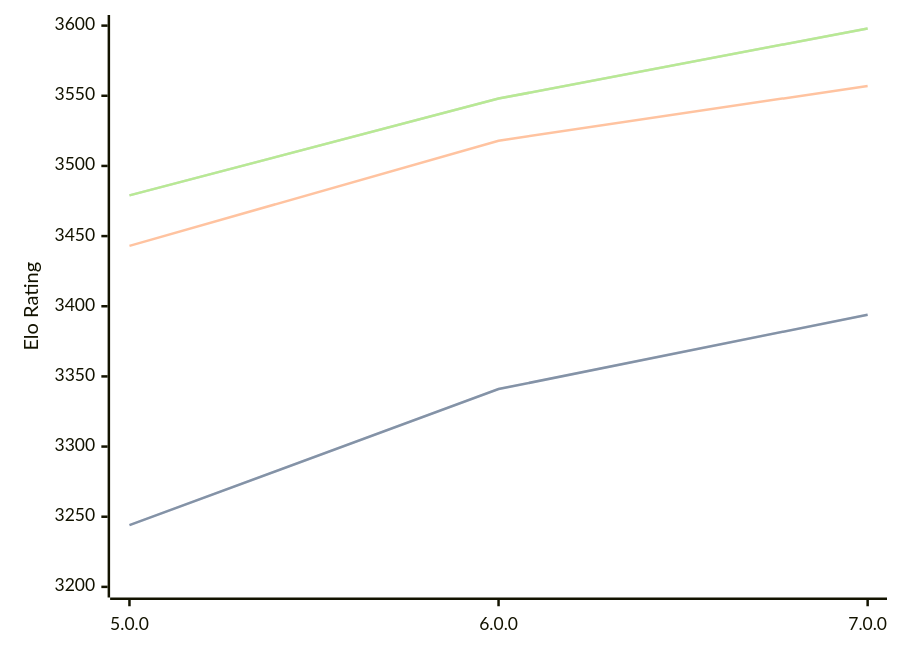
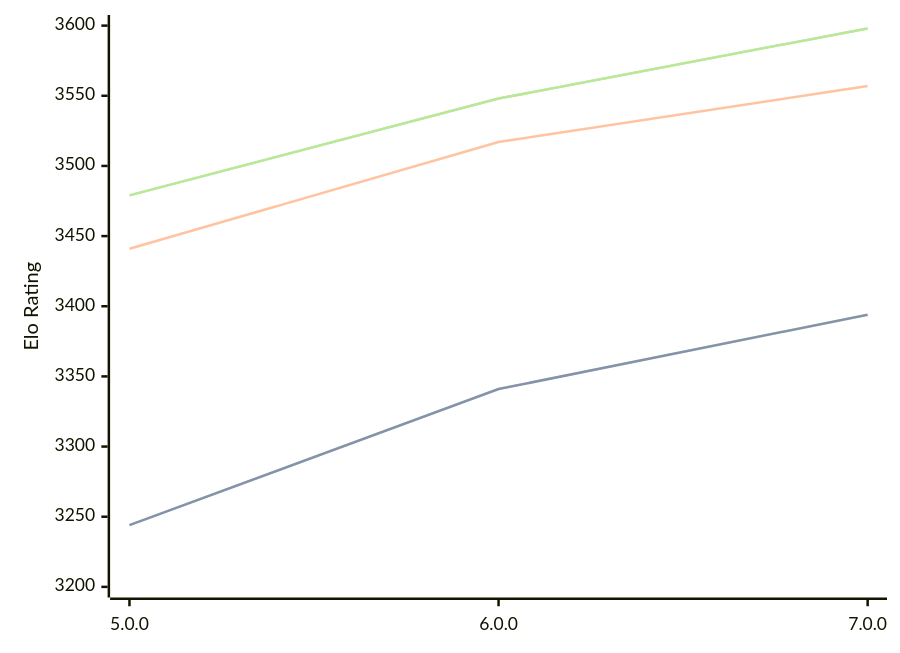
Before and after one commit to computer-chess-index/cci: the diagram in engines/Stormphrax.md, drawn with Mermaid. The commit also changed other lines of this file, not shown here.

````diff
--- a/engines/Stormphrax.md
+++ b/engines/Stormphrax.md
@@ -36,11 +36,11 @@
 ```mermaid
 %%{init: {"theme":"base","themeVariables":{"seriesColors:['#a3a3a3','#222221','#faa371']}}}%%
 xychart-beta
   x-axis ["5.0.0", "6.0.0", "7.0.0"]
   y-axis "Elo Rating" 3200 --> 3600
   line "STC (8.0+0.08s)" [3244, 3341, 3394]
   line "STC (8.0+0.08s)" [3244, 3341, 3394]
-  line "LTC (60.0+0.60s)" [3443, 3518, 3557]
+  line "LTC (60.0+0.60s)" [3441, 3517, 3557]
   line "VLTC (2m24s+1.12s)" [3479, 3548, 3598]
   line "VLTC (2m24s+1.12s)" [3479, 3548, 3598]
 ```
````
